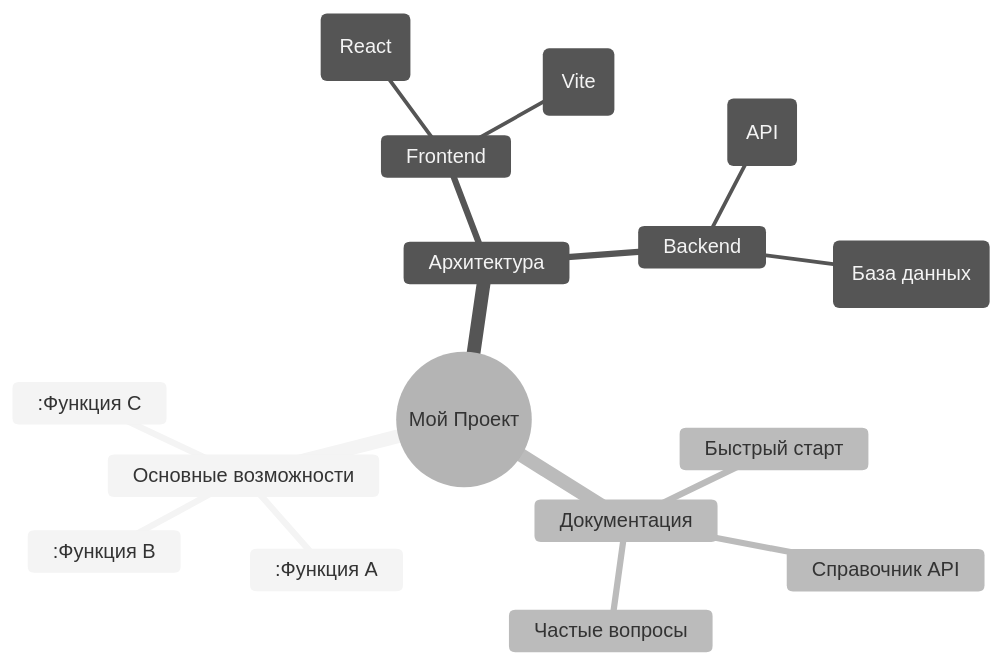
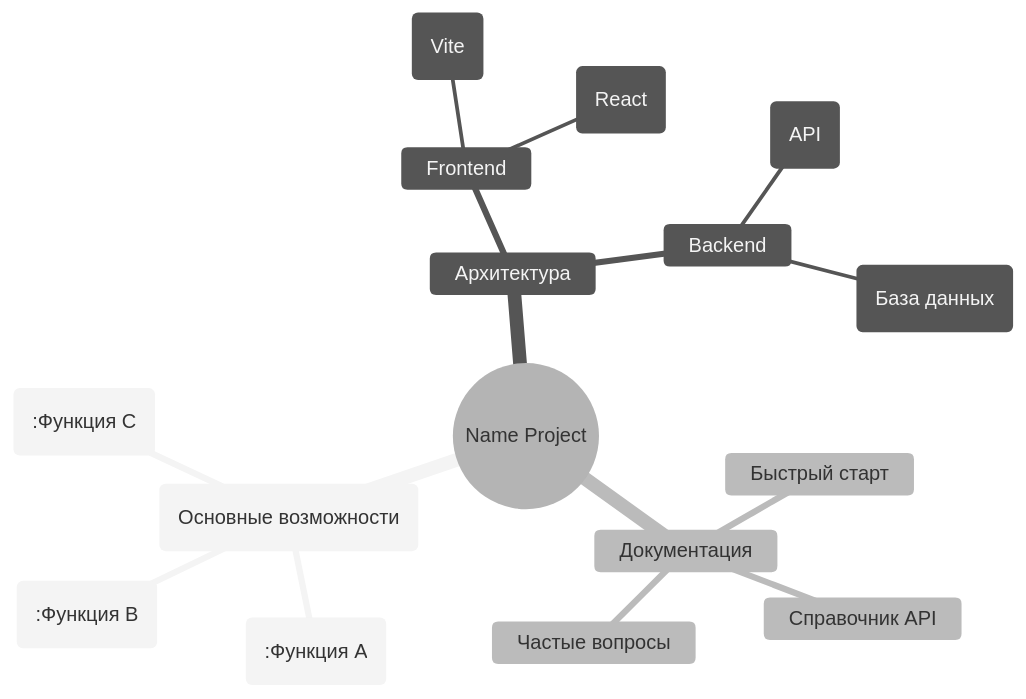
One commit to KSP-Hub/My-CV-Engineering-Projects changed the diagram in teamplate project/README.md. Above: the diagram before and after it, drawn with Mermaid (neutral theme). The commit also changed other lines of this file and 13 other files, not shown here.

````diff
--- a/teamplate project/README.md
+++ b/teamplate project/README.md
@@ -115,19 +50,19 @@
 ```mermaid
 mindmap
-  root((Мой Проект))
-    Основные возможности
-      :Функция A
-      :Функция B
-      :Функция C
+  root((Name Project))
+    Header 1 (Основные возможности)
+      Header 2 (:Функция A)
+      Header 2 (:Функция B)
+      Header 2 (:Функция C)
     Архитектура
       Frontend
-        (React)
+        Header 3 (React)
         (Vite)
       Backend
         (API)
         (База данных)
     Документация
       Быстрый старт
       Справочник API
       Частые вопросы
 ```
````
